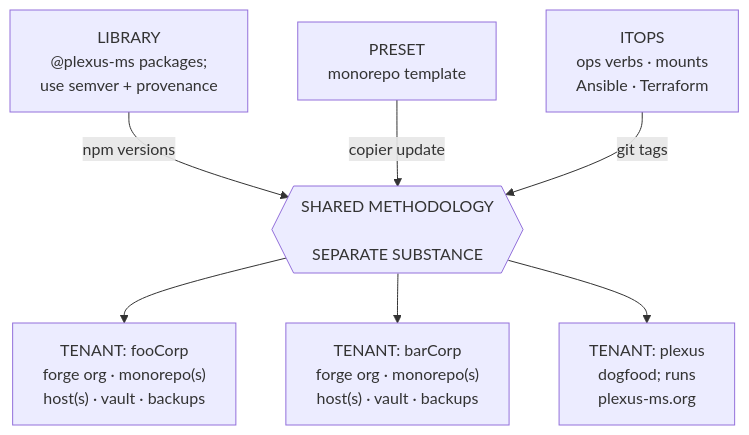
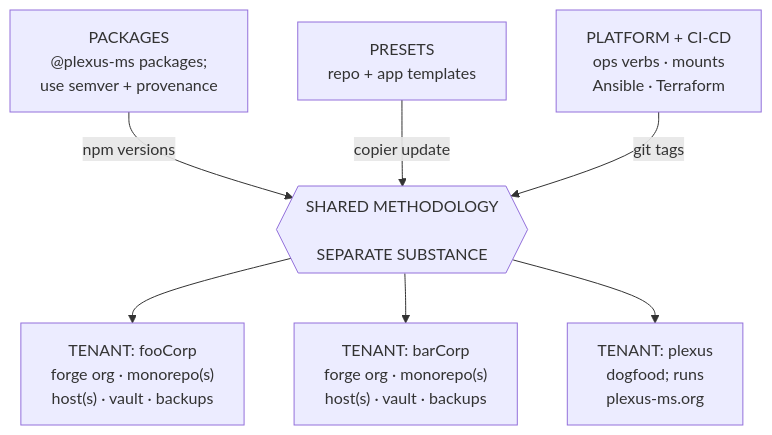
One commit to plexus-ms/compendium changed the first of 2 diagrams in plexus/standard.md. Above: the diagram before and after it, drawn with Mermaid. The commit also changed other lines of this file and 2 other files, not shown here.

First line of the commit message:
revise standard and manual for the post-itops repo reality

````diff
--- a/plexus/standard.md
+++ b/plexus/standard.md
@@ -90,13 +90,13 @@
 ```mermaid
 flowchart TB
-  library["LIBRARY<br>@plexus-ms packages;<br>use semver + provenance"]
-  preset["PRESET<br>monorepo template"]
-  itops["ITOPS<br>ops verbs · mounts<br>Ansible · Terraform"]
+  packages["PACKAGES<br>@plexus-ms packages;<br>use semver + provenance"]
+  preset["PRESETS<br>repo + app templates"]
+  ops["PLATFORM + CI-CD<br>ops verbs · mounts<br>Ansible · Terraform"]
   boundary{{"SHARED METHODOLOGY<br><br>SEPARATE SUBSTANCE"}}
-  library -- "npm versions" --> boundary
+  packages -- "npm versions" --> boundary
   preset -- "copier update" --> boundary
-  itops -- "git tags" --> boundary
+  ops -- "git tags" --> boundary
   boundary --> acme["TENANT: fooCorp<br>forge org · monorepo(s)<br>host(s) · vault · backups"]
   boundary --> initech["TENANT: barCorp<br>forge org · monorepo(s)<br>host(s) · vault · backups"]
   boundary --> plexus["TENANT: plexus<br>dogfood; runs<br>plexus-ms.org"]
 ```
````
